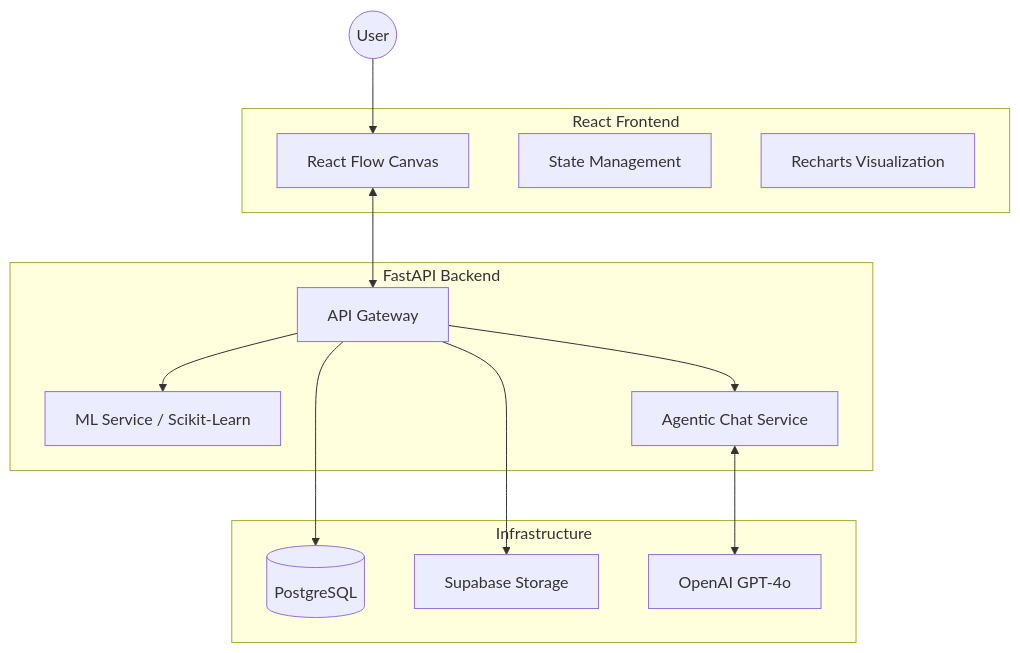
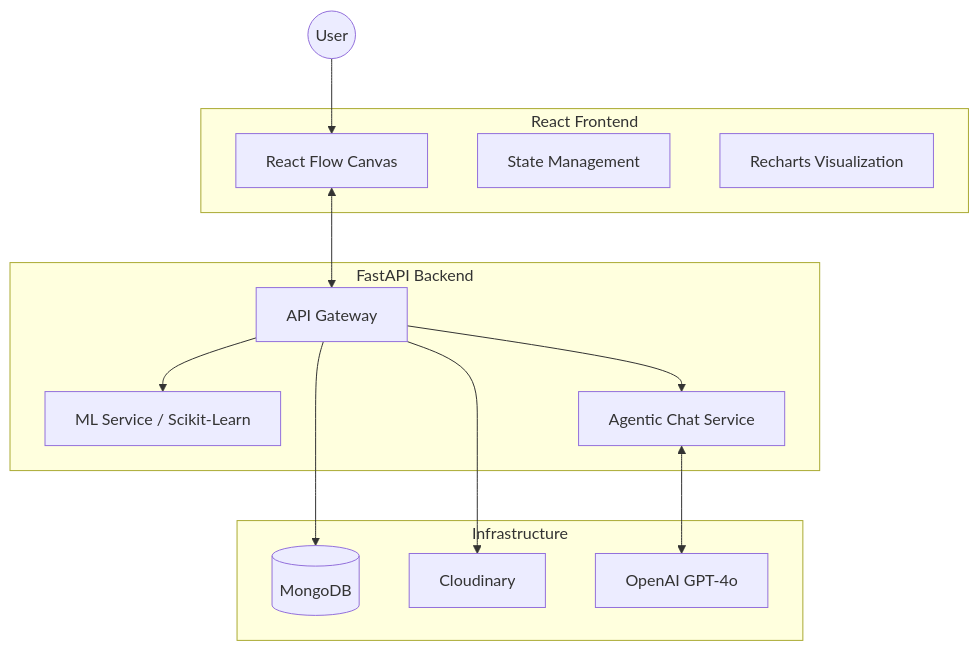
The first of 3 diagrams in README.md (AbhishekC1005/NeuroFlow), drawn with Mermaid before and after one commit. The commit also changed other lines of this file and 41 other files, not shown here.

````diff
--- a/README.md
+++ b/README.md
@@ -15,30 +15,30 @@
 ```mermaid
 graph TD
     User((User))
     subgraph Frontend [React Frontend]
         UI[React Flow Canvas]
         State[State Management]
         Vis[Recharts Visualization]
     end
     
     subgraph Backend [FastAPI Backend]
         API[API Gateway]
         ML[ML Service / Scikit-Learn]
         Chat[Agentic Chat Service]
     end
     
     subgraph Infrastructure
-        DB[(PostgreSQL)]
-        Storage[Supabase Storage]
+        DB[(MongoDB)]
+        Storage[Cloudinary]
         AI[OpenAI GPT-4o]
     end
 
     User --> UI
     UI <--> API
     API --> DB
     API --> Storage
     
     API --> ML
     API --> Chat
     Chat <--> AI
 ```
````
